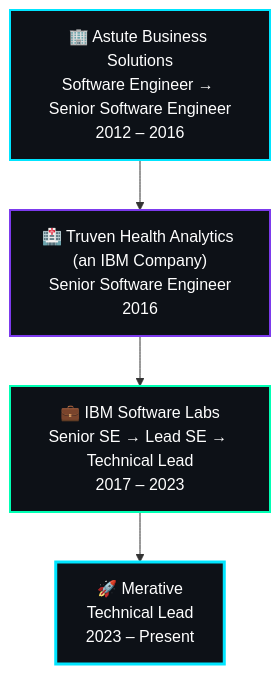
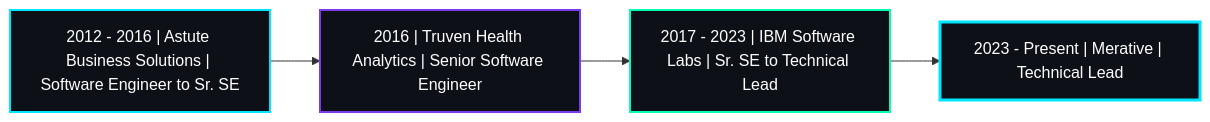
Before and after one commit to ramprakash-munugapati/ramprakash-munugapati: the second of 2 diagrams in README.md, drawn with Mermaid. The commit also changed other lines of this file, not shown here.

````diff
--- a/README.md
+++ b/README.md
@@ -171,11 +592,14 @@
 ```mermaid
-flowchart TD
-    A["🏢 Astute Business Solutions<br/>Software Engineer → Senior Software Engineer<br/>2012 – 2016"] --> B["🏥 Truven Health Analytics (an IBM Company)<br/>Senior Software Engineer<br/>2016"]
-    B --> C["💼 IBM Software Labs<br/>Senior SE → Lead SE → Technical Lead<br/>2017 – 2023"]
-    C --> D["🚀 Merative<br/>Technical Lead<br/>2023 – Present"]
+flowchart LR
+    A["2012 - 2016 | Astute Business Solutions | Software Engineer to Sr. SE"]
+    B["2016 | Truven Health Analytics | Senior Software Engineer"]
+    C["2017 - 2023 | IBM Software Labs | Sr. SE to Technical Lead"]
+    D["2023 - Present | Merative | Technical Lead"]
 
-    style A fill:#0d1117,stroke:#00E5FF,stroke-width:2px,color:#fff
-    style B fill:#0d1117,stroke:#7C3AED,stroke-width:2px,color:#fff
-    style C fill:#0d1117,stroke:#00FFB3,stroke-width:2px,color:#fff
-    style D fill:#0d1117,stroke:#00E5FF,stroke-width:3px,color:#fff
+    A --> B --> C --> D
+
+    style A fill:#0D1117,stroke:#00E5FF,stroke-width:2px,color:#fff
+    style B fill:#0D1117,stroke:#7C3AED,stroke-width:2px,color:#fff
+    style C fill:#0D1117,stroke:#00FFB3,stroke-width:2px,color:#fff
+    style D fill:#0D1117,stroke:#00E5FF,stroke-width:3px,color:#fff
 ```
````
